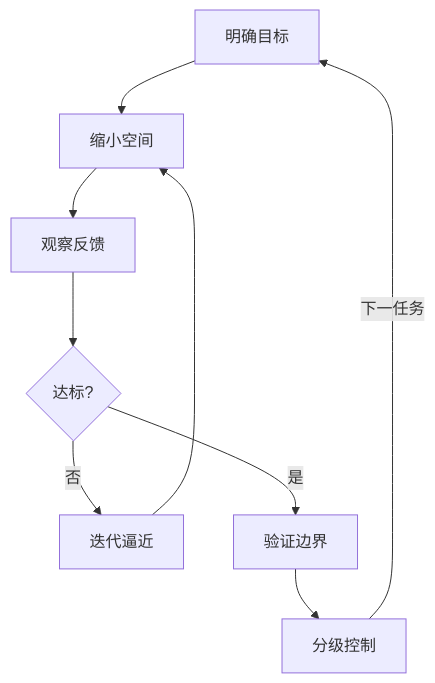
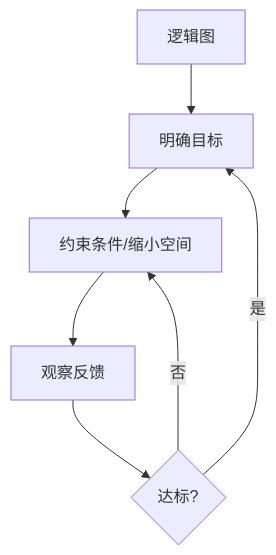
The diagram in 04_如何正确让AI工作/04_如何正确让AI工作.md (oul2026/ai_ke), drawn with Mermaid before and after one commit. The commit also changed other lines of this file and 9 other files, not shown here.

````diff
--- a/04_如何正确让AI工作/04_如何正确让AI工作.md
+++ b/04_如何正确让AI工作/04_如何正确让AI工作.md
@@ -24,11 +81,9 @@
 ```mermaid
 flowchart TD
-    A[明确目标] --> B[缩小空间]
+    L[逻辑图] --> A[明确目标]
+    A --> B[约束条件/缩小空间]
     B --> C[观察反馈]
     C --> D{达标?}
-    D -->|否| E[迭代逼近]
-    E --> B
-    D -->|是| F[验证边界]
-    F --> G[分级控制]
-    G -->|下一任务| A
+    D -->|是| A
+    D -->|否| B
 ```
````
